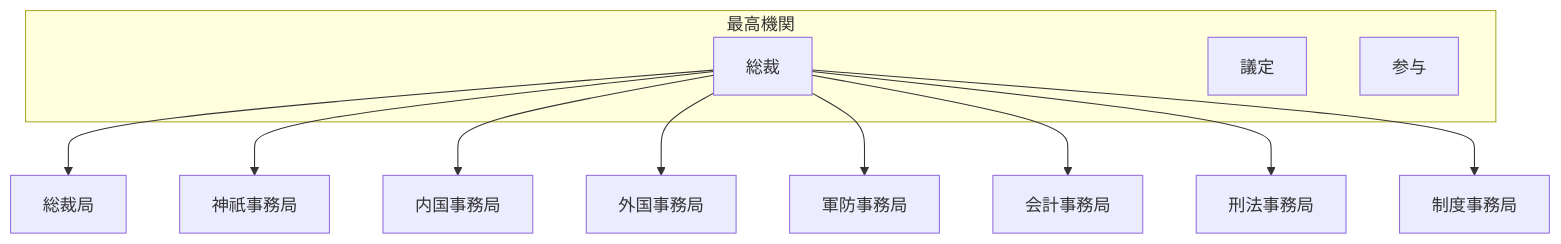
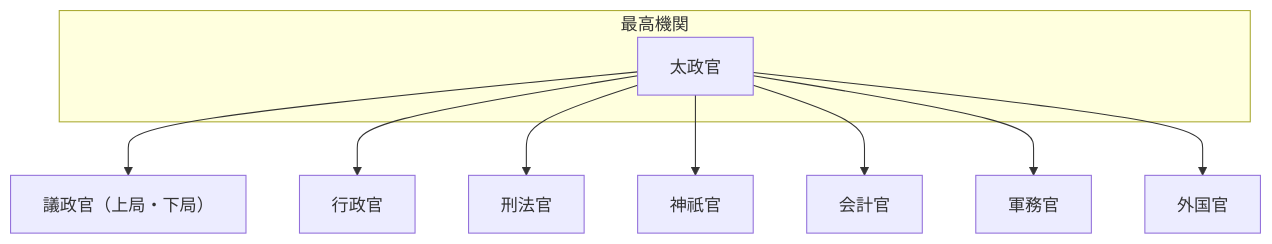
Before and after one commit to tatemaru/jp-admin-org-chart: the diagram in README.md, drawn with Mermaid. The commit also changed other lines of this file, not shown here.

Commit message:
feat(太政官): 政体書により太政官制を敷く
根拠: 政体書
施行: 1868-06-11（慶応4年閏4月21日）
出典: JACAR 年表 history1 / transition 系譜

種別: 再編
備考: Git日付制約のため AuthorDate/CommitDate は 1970-01-02

````diff
--- a/README.md
+++ b/README.md
@@ -9,24 +9,20 @@
 ```mermaid
 flowchart TB
   subgraph top["最高機関"]
-    S["総裁"]
-    G["議定"]
-    P["参与"]
+    Dajokan["太政官"]
   end
-  Sosai["総裁局"]
-  S --> Sosai
-  Jingi["神祇事務局"]
-  S --> Jingi
-  Naikoku["内国事務局"]
-  S --> Naikoku
-  Gaikoku["外国事務局"]
-  S --> Gaikoku
-  Gunbo["軍防事務局"]
-  S --> Gunbo
-  Kaikei["会計事務局"]
-  S --> Kaikei
-  Keiho["刑法事務局"]
-  S --> Keiho
-  Seido["制度事務局"]
-  S --> Seido
+  Gisei["議政官（上局・下局）"]
+  Dajokan --> Gisei
+  Gyosei["行政官"]
+  Dajokan --> Gyosei
+  KeihoKan["刑法官"]
+  Dajokan --> KeihoKan
+  JingiKan["神祇官"]
+  Dajokan --> JingiKan
+  KaikeiKan["会計官"]
+  Dajokan --> KaikeiKan
+  GunmuKan["軍務官"]
+  Dajokan --> GunmuKan
+  GaikokuKan["外国官"]
+  Dajokan --> GaikokuKan
 ```
````
